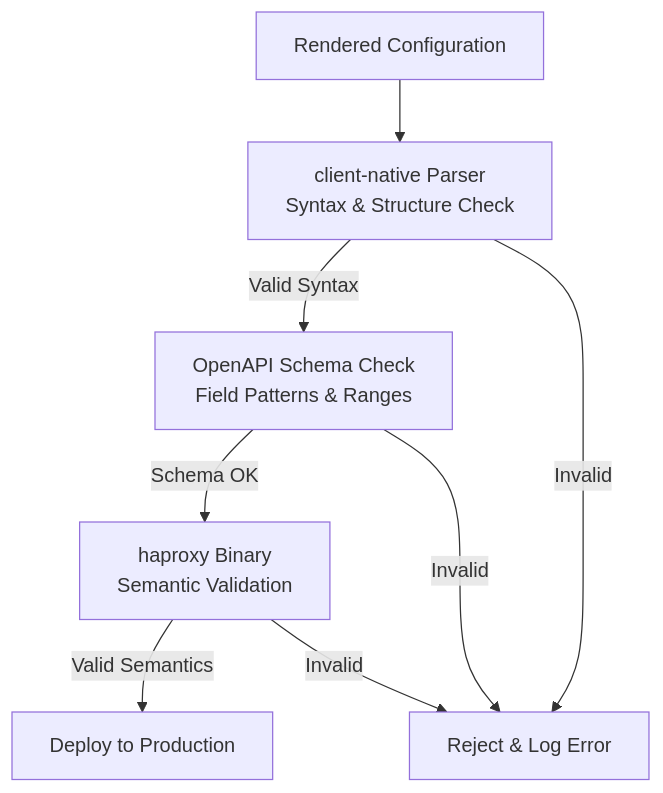
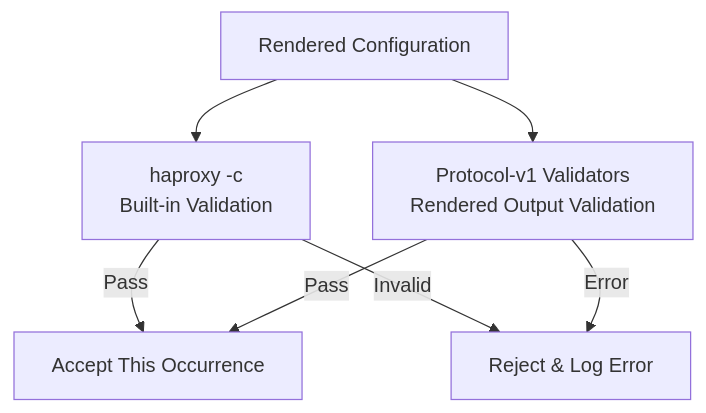
One commit to HAProxy-Template-IC/haproxy-template-ingress-controller changed the third of 3 diagrams in docs/site/docs/development/design/architecture-overview.md. Above: the diagram before and after it, drawn with Mermaid. The commit also changed other lines of this file and 988 other files, not shown here.

````diff
--- a/docs/site/docs/development/design/architecture-overview.md
+++ b/docs/site/docs/development/design/architecture-overview.md
@@ -166,18 +166,16 @@
 ```mermaid
 graph TD
     RENDER[Rendered Configuration]
-    PARSE[client-native Parser<br/>Syntax & Structure Check]
-    SCHEMA[OpenAPI Schema Check<br/>Field Patterns & Ranges]
-    BIN[haproxy Binary<br/>Semantic Validation]
-    DEPLOY[Deploy to Production]
+    BIN[haproxy -c<br/>Built-in Validation]
+    EXT[Protocol-v1 Validators<br/>Rendered Output Validation]
+    ACCEPT[Accept This Occurrence]
     ERROR[Reject & Log Error]
 
-    RENDER --> PARSE
-    PARSE -->|Valid Syntax| SCHEMA
-    PARSE -->|Invalid| ERROR
-    SCHEMA -->|Schema OK| BIN
-    SCHEMA -->|Invalid| ERROR
-    BIN -->|Valid Semantics| DEPLOY
+    RENDER --> BIN
+    RENDER --> EXT
+    BIN -->|Pass| ACCEPT
     BIN -->|Invalid| ERROR
+    EXT -->|Pass| ACCEPT
+    EXT -->|Error| ERROR
 
 ```
````
